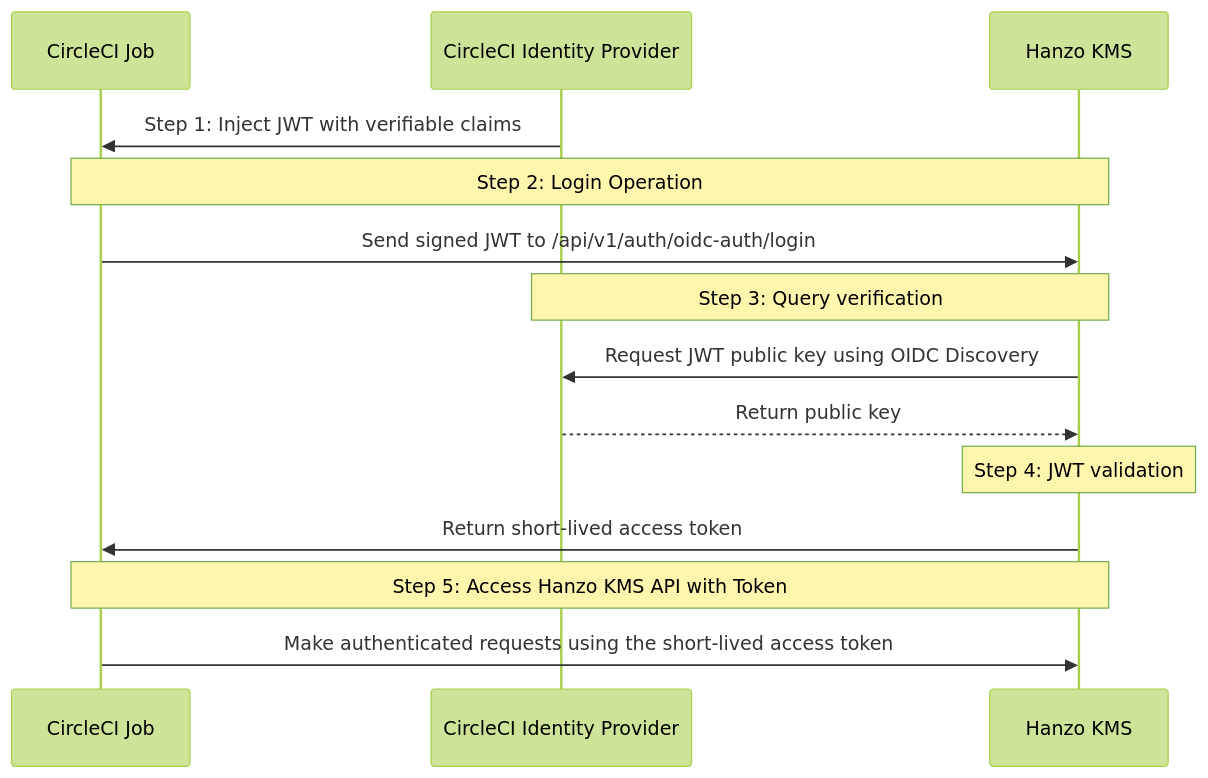
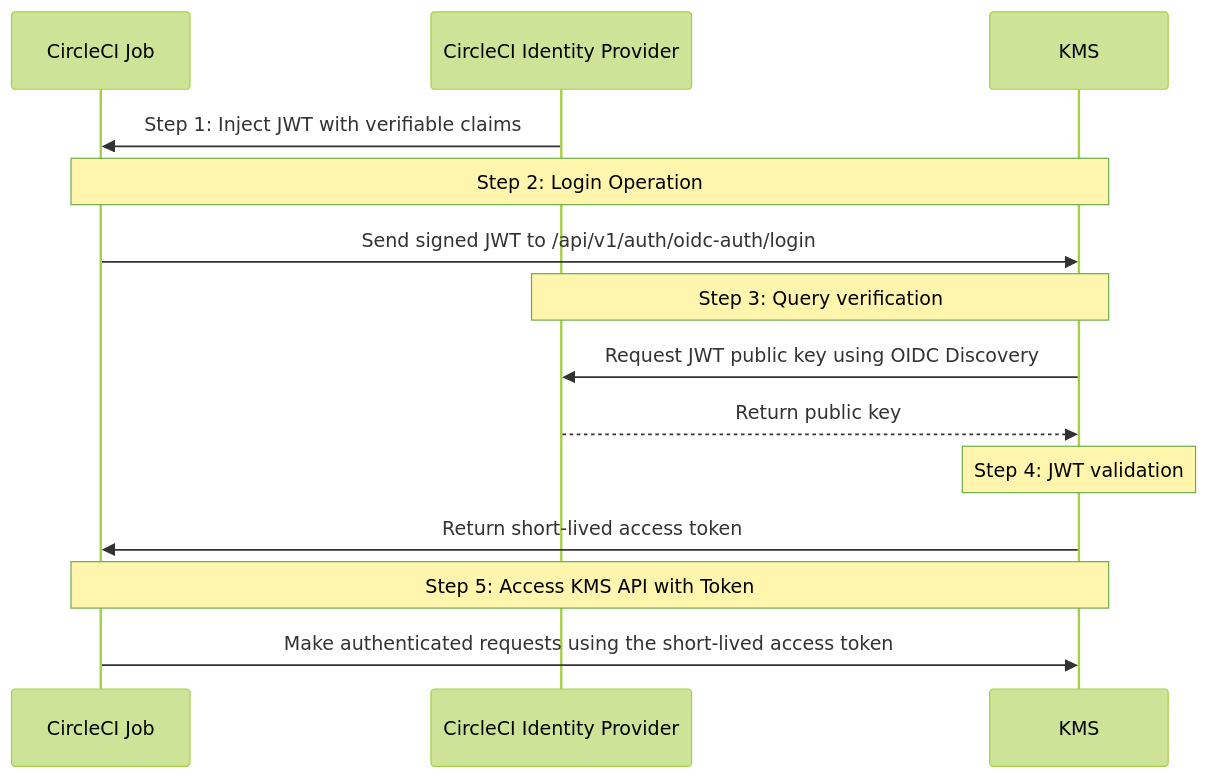
The diagram in docs/documentation/platform/identities/oidc-auth/circleci.mdx (hanzoai/kms), drawn with Mermaid (forest theme) before and after one commit. The commit also changed other lines of this file and 855 other files, not shown here.

````diff
--- a/docs/documentation/platform/identities/oidc-auth/circleci.mdx
+++ b/docs/documentation/platform/identities/oidc-auth/circleci.mdx
@@ -12,21 +12,21 @@
 ```mermaid
 sequenceDiagram
   participant Client as CircleCI Job
   participant Idp as CircleCI Identity Provider
-  participant Infis as Hanzo KMS
+  participant Infis as KMS
 
   Idp->>Client: Step 1: Inject JWT with verifiable claims
 
   Note over Client,Infis: Step 2: Login Operation
   Client->>Infis: Send signed JWT to /api/v1/auth/oidc-auth/login
 
   Note over Infis,Idp: Step 3: Query verification
   Infis->>Idp: Request JWT public key using OIDC Discovery
   Idp-->>Infis: Return public key
 
   Note over Infis: Step 4: JWT validation
   Infis->>Client: Return short-lived access token
 
-  Note over Client,Infis: Step 5: Access Hanzo KMS API with Token
+  Note over Client,Infis: Step 5: Access KMS API with Token
   Client->>Infis: Make authenticated requests using the short-lived access token
 ```
````
